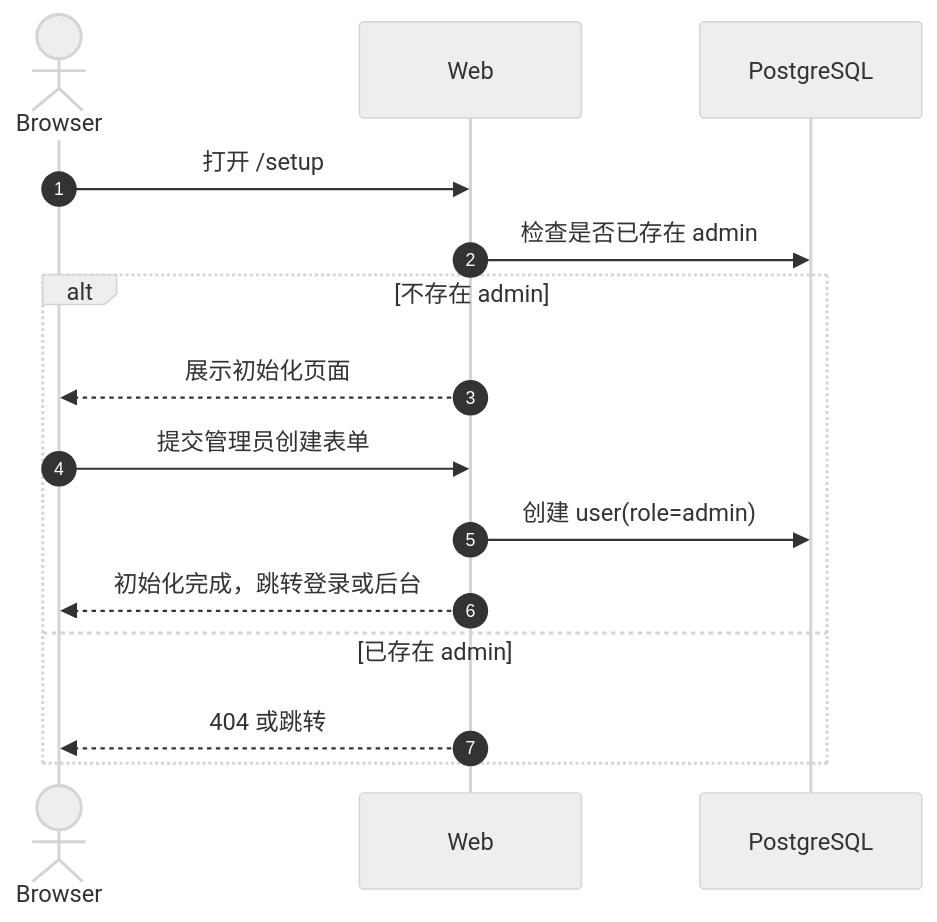
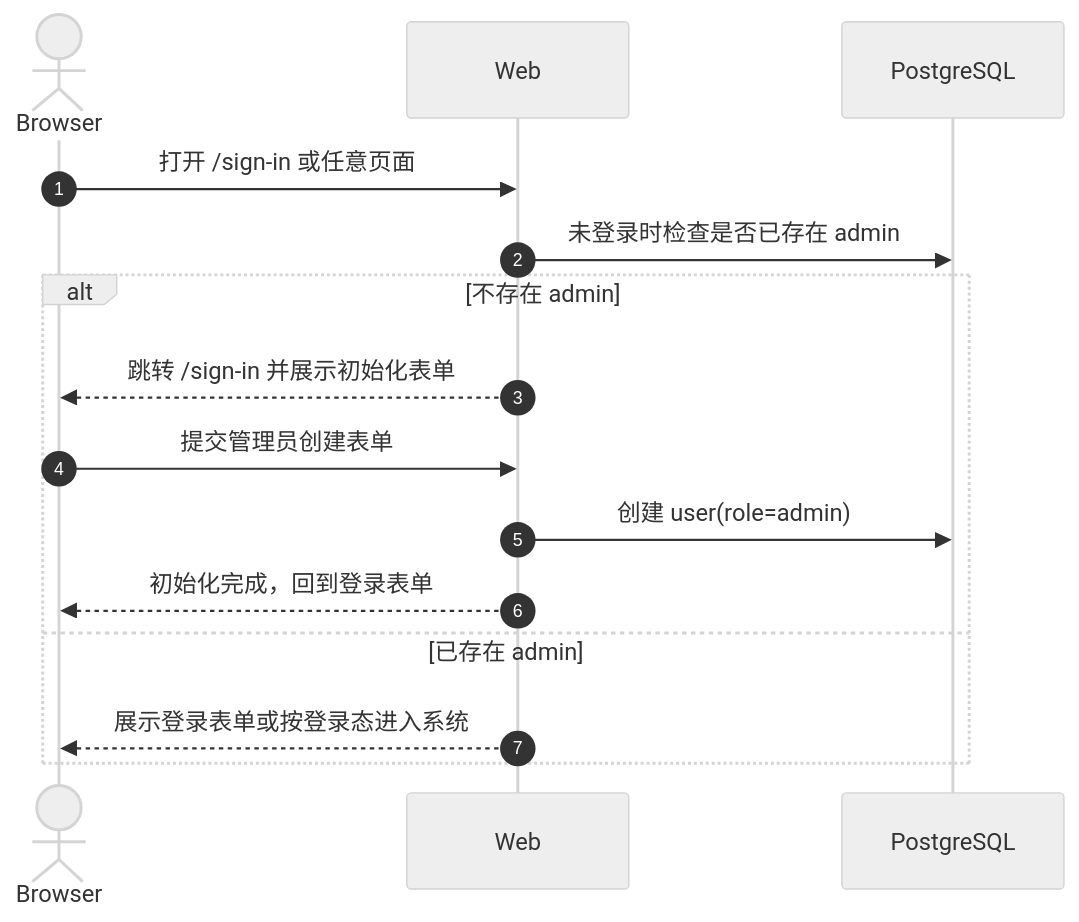
Before and after one commit to namehu/music-tagger: the second of 8 diagrams in docs/architecture.md, drawn with Mermaid (neutral theme). The commit also changed other lines of this file and 23 other files, not shown here.

First line of the commit message:
refactor(auth): 合并登录与初始化入口至 /sign-in 并移除独立 /setup 页面

````diff
--- a/docs/architecture.md
+++ b/docs/architecture.md
@@ -319,18 +319,18 @@
 ```mermaid
 sequenceDiagram
   autonumber
   actor U as Browser
   participant W as Web
   participant DB as PostgreSQL
 
-  U->>W: 打开 /setup
-  W->>DB: 检查是否已存在 admin
+  U->>W: 打开 /sign-in 或任意页面
+  W->>DB: 未登录时检查是否已存在 admin
   alt 不存在 admin
-    W-->>U: 展示初始化页面
+    W-->>U: 跳转 /sign-in 并展示初始化表单
     U->>W: 提交管理员创建表单
     W->>DB: 创建 user(role=admin)
-    W-->>U: 初始化完成，跳转登录或后台
+    W-->>U: 初始化完成，回到登录表单
   else 已存在 admin
-    W-->>U: 404 或跳转
+    W-->>U: 展示登录表单或按登录态进入系统
   end
 ```
````
